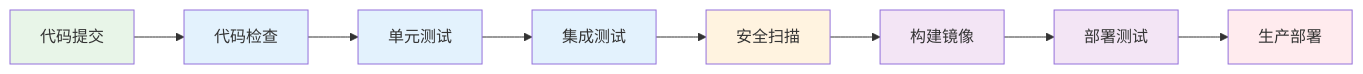
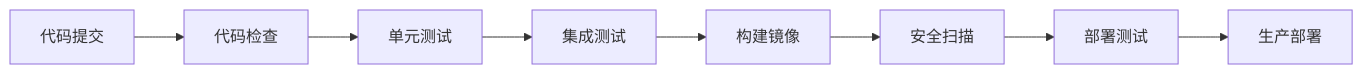
One commit to AdaMartin18010/common changed the fifth of 6 diagrams in GOLANG_COMMON_ARCHITECTURE_ANALYSIS_2025.md. Above: the diagram before and after it, drawn with Mermaid. The commit also changed other lines of this file, not shown here.

````diff
--- a/GOLANG_COMMON_ARCHITECTURE_ANALYSIS_2025.md
+++ b/GOLANG_COMMON_ARCHITECTURE_ANALYSIS_2025.md
@@ -737,19 +695,10 @@
 ```mermaid
 graph LR
     A[代码提交] --> B[代码检查]
     B --> C[单元测试]
     C --> D[集成测试]
-    D --> E[安全扫描]
-    E --> F[构建镜像]
+    D --> E[构建镜像]
+    E --> F[安全扫描]
     F --> G[部署测试]
     G --> H[生产部署]
-    
-    style A fill:#e8f5e8
-    style B fill:#e3f2fd
-    style C fill:#e3f2fd
-    style D fill:#e3f2fd
-    style E fill:#fff3e0
-    style F fill:#f3e5f5
-    style G fill:#f3e5f5
-    style H fill:#ffebee
 ```
````
